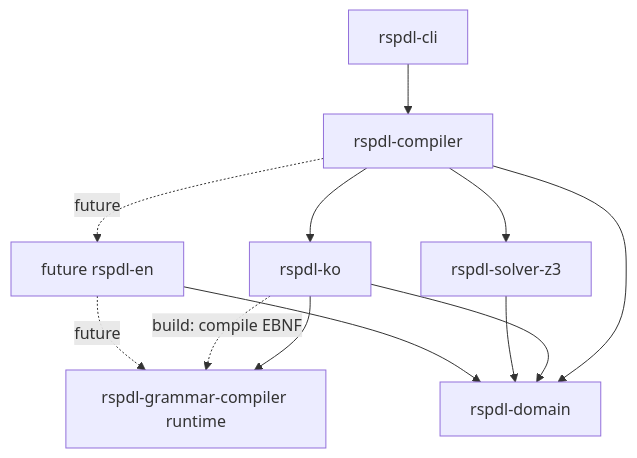
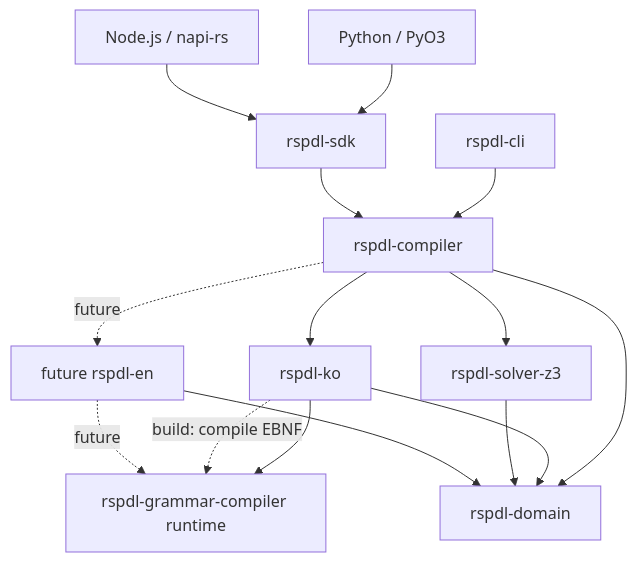
Before and after one commit to rspdl/rspdl-core: the first of 3 diagrams in docs/architecture.md, drawn with Mermaid. The commit also changed other lines of this file and 53 other files, not shown here.

First line of the commit message:
feat: add Python and Node.js SDK packages (#22)

````diff
--- a/docs/architecture.md
+++ b/docs/architecture.md
@@ -110,14 +117,17 @@
 ```mermaid
 flowchart TD
     CLI["rspdl-cli"] --> COMPILER["rspdl-compiler"]
+    SDK["rspdl-sdk"] --> COMPILER
+    PY["Python / PyO3"] --> SDK
+    NODE["Node.js / napi-rs"] --> SDK
     COMPILER --> KO["rspdl-ko"]
     COMPILER --> DOMAIN["rspdl-domain"]
     COMPILER --> Z3["rspdl-solver-z3"]
     KO --> GRAMMAR["rspdl-grammar-compiler runtime"]
     KO -. "build: compile EBNF" .-> GRAMMAR
     KO --> DOMAIN
     Z3 --> DOMAIN
     EN["future rspdl-en"] --> DOMAIN
     EN -. "future" .-> GRAMMAR
     COMPILER -. "future" .-> EN
 ```
````
